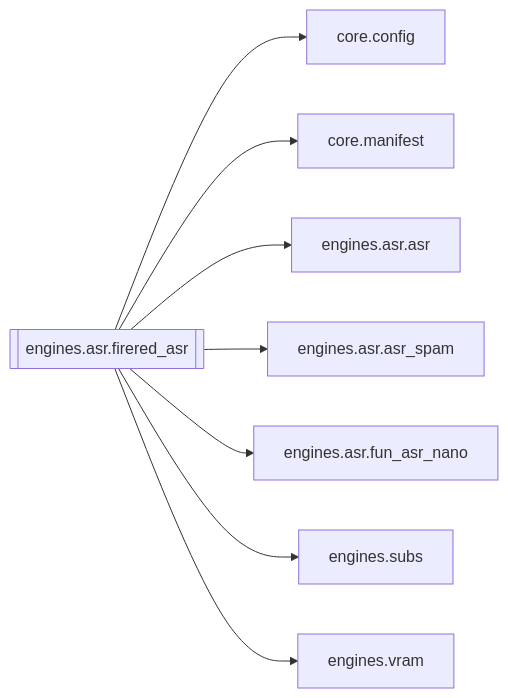
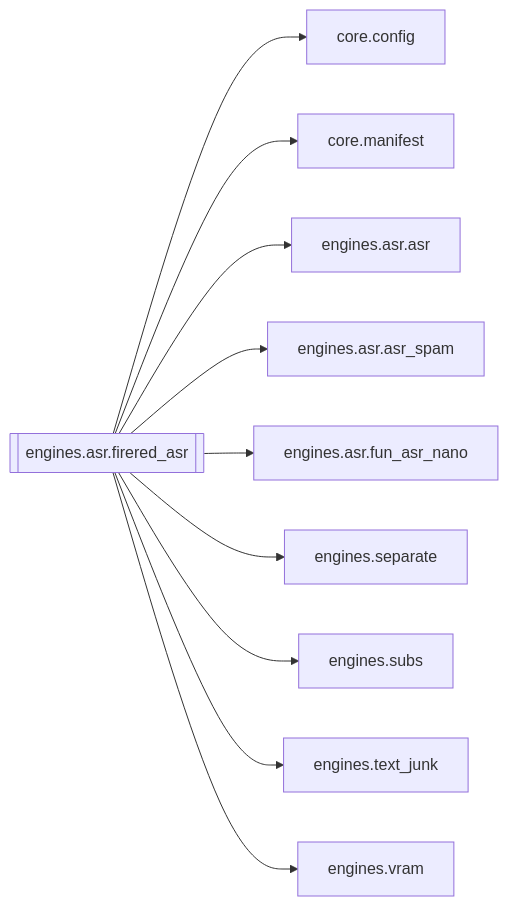
One commit to kjza178/PinelineV5 changed the diagram in docs/brain/modules/engines.asr.firered_asr.md. Above: the diagram before and after it, drawn with Mermaid. The commit also changed other lines of this file and 227 other files, not shown here.

````diff
--- a/docs/brain/modules/engines.asr.firered_asr.md
+++ b/docs/brain/modules/engines.asr.firered_asr.md
@@ -18,11 +18,13 @@
 ```mermaid
 flowchart LR
   engines_asr_firered_asr[[engines.asr.firered_asr]]
   engines_asr_firered_asr --> core_config[core.config]
   engines_asr_firered_asr --> core_manifest[core.manifest]
   engines_asr_firered_asr --> engines_asr_asr[engines.asr.asr]
   engines_asr_firered_asr --> engines_asr_asr_spam[engines.asr.asr_spam]
   engines_asr_firered_asr --> engines_asr_fun_asr_nano[engines.asr.fun_asr_nano]
+  engines_asr_firered_asr --> engines_separate[engines.separate]
   engines_asr_firered_asr --> engines_subs[engines.subs]
+  engines_asr_firered_asr --> engines_text_junk[engines.text_junk]
   engines_asr_firered_asr --> engines_vram[engines.vram]
 ```
````
